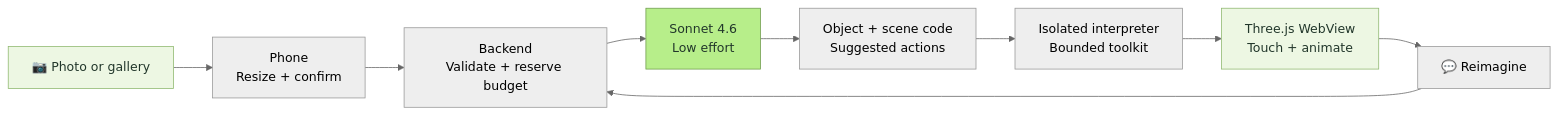
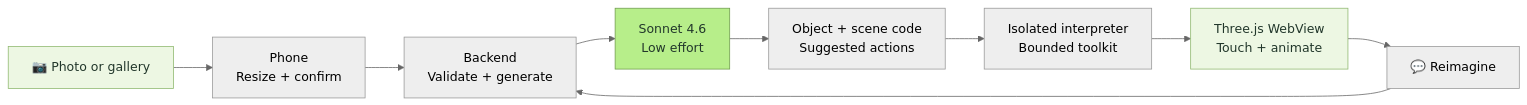
The diagram in README.md (Martin-R-D/InteractiveWorld), drawn with Mermaid (neutral theme) before and after one commit. The commit also changed other lines of this file and 8 other files, not shown here.

````diff
--- a/README.md
+++ b/README.md
@@ -46,14 +45,14 @@
 ```mermaid
 flowchart LR
     A["📷 Photo or gallery"] --> B["Phone\nResize + confirm"]
-    B --> C["Backend\nValidate + reserve budget"]
+    B --> C["Backend\nValidate + generate"]
     C --> D["Sonnet 4.6\nLow effort"]
     D --> E["Object + scene code\nSuggested actions"]
     E --> F["Isolated interpreter\nBounded toolkit"]
     F --> G["Three.js WebView\nTouch + animate"]
     G --> H["💬 Reimagine"]
     H --> C
     style A fill:#edf7e3,stroke:#90b971,color:#22372b
     style D fill:#b7ee8a,stroke:#709d4e,color:#22372b
     style G fill:#edf7e3,stroke:#90b971,color:#22372b
 ```
````
